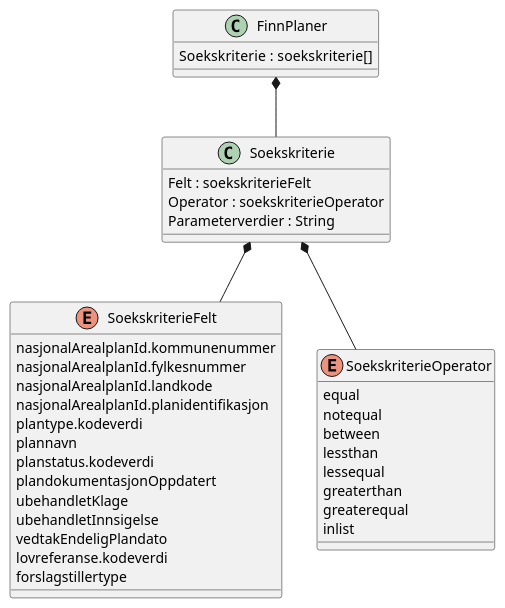
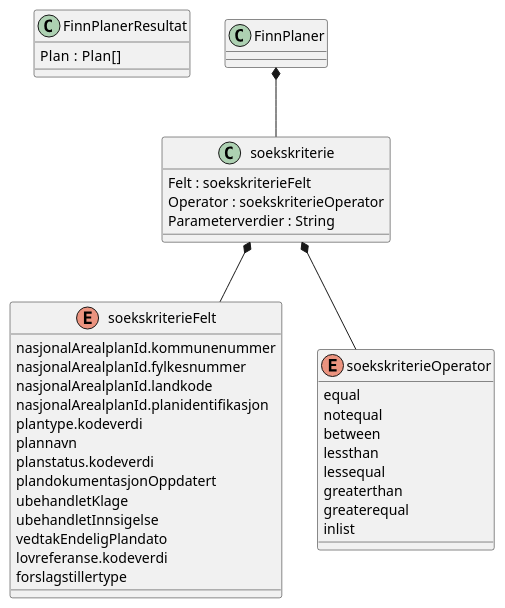
The diagram in Dokumentasjon/V2/Models/Innsyn/planer-finn/retur-melding.puml (ks-no/fiks-plan-specification), drawn with PlantUML before and after one commit. The commit also changed 6 other files, not shown here.

```diff
--- a/Dokumentasjon/V2/Models/Innsyn/planer-finn/retur-melding.puml
+++ b/Dokumentasjon/V2/Models/Innsyn/planer-finn/retur-melding.puml
@@ -1,44 +1,44 @@
 @startuml
 
-class FinnPlaner {
-    {field} Soekskriterie :  soekskriterie[]
+class FinnPlanerResultat {
+    {field} Plan :  Plan[]
 }
 
-class Soekskriterie {
+class soekskriterie {
     {field} Felt : soekskriterieFelt
     {field} Operator : soekskriterieOperator
     {field} Parameterverdier : String
 }
 
-enum SoekskriterieFelt {
+enum soekskriterieFelt {
     nasjonalArealplanId.kommunenummer
     nasjonalArealplanId.fylkesnummer
     nasjonalArealplanId.landkode
     nasjonalArealplanId.planidentifikasjon
     plantype.kodeverdi
     plannavn
     planstatus.kodeverdi
     plandokumentasjonOppdatert
     ubehandletKlage
     ubehandletInnsigelse
     vedtakEndeligPlandato
     lovreferanse.kodeverdi
     forslagstillertype
 }
 
-enum SoekskriterieOperator {
+enum soekskriterieOperator {
      equal
      notequal
      between
      lessthan
      lessequal
      greaterthan
      greaterequal
      inlist
 }
 
-FinnPlaner *-- Soekskriterie
-Soekskriterie *-- SoekskriterieFelt
-Soekskriterie *-- SoekskriterieOperator
+FinnPlaner *-- soekskriterie
+soekskriterie *-- soekskriterieFelt
+soekskriterie *-- soekskriterieOperator
 
 @enduml
```
